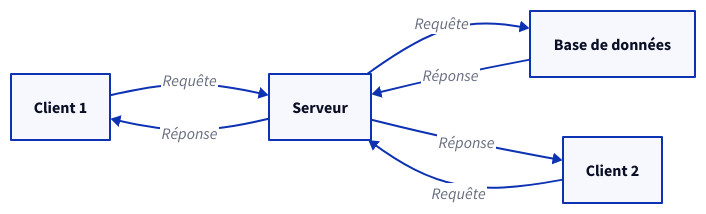
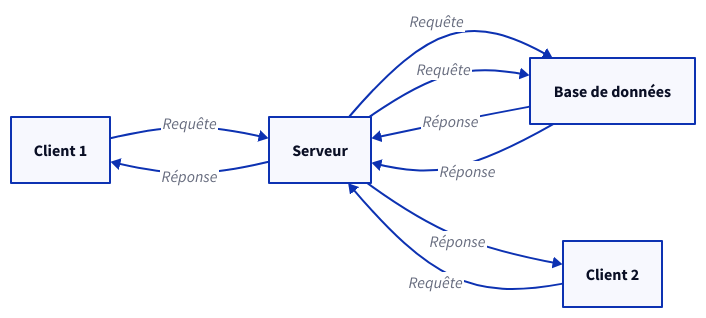
Before and after one commit to Ibne29/d2lang-vision-llm: the diagram in out/diagram_iter3.d2, drawn with D2. The commit also changed 11 other files, not shown here.

Commit message:
ajout des graphes d evaluation

```diff
--- a/out/diagram_iter3.d2
+++ b/out/diagram_iter3.d2
@@ -1,13 +1,16 @@
 direction: right
 
 client1: Client 1
 client2: Client 2
 server: Serveur
 database: Base de données
 
 client1 -> server: Requête
+server -> database: Requête
+database -> server: Réponse
+server -> client1: Réponse
+
 client2 -> server: Requête
 server -> database: Requête
 database -> server: Réponse
-server -> client1: Réponse
 server -> client2: Réponse
```
